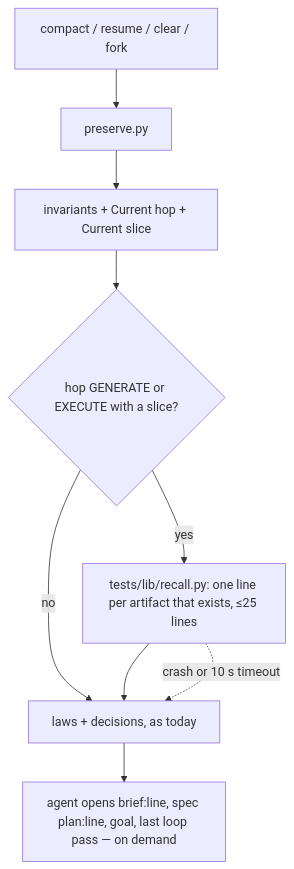
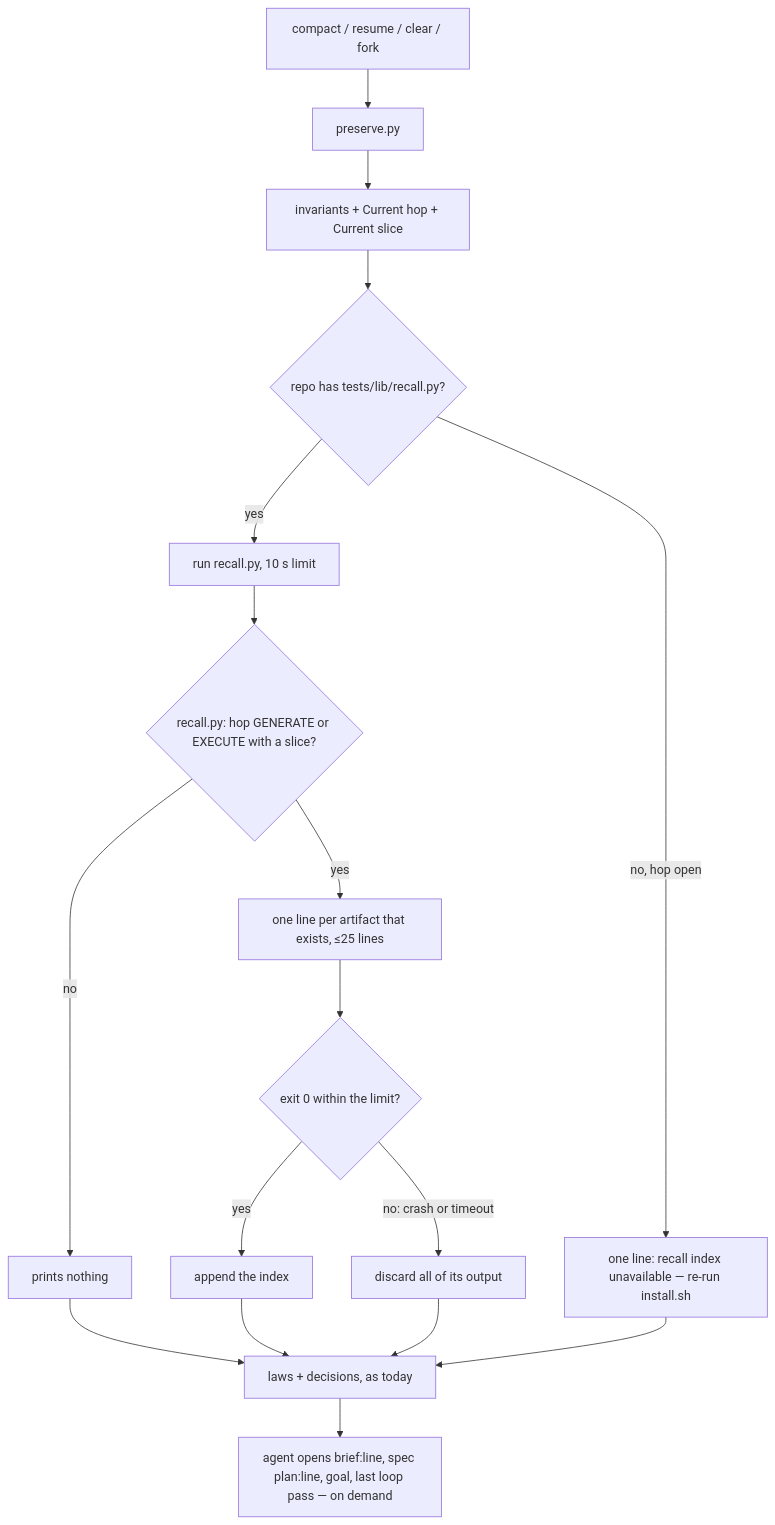
One commit to kadaluarsa/barbaric-driven-development changed the second of 2 diagrams in docs/cascade/05b-t85-recall-index.md. Above: the diagram before and after it, drawn with Mermaid. The commit also changed other lines of this file and 1 other file, not shown here.

````diff
--- a/docs/cascade/05b-t85-recall-index.md
+++ b/docs/cascade/05b-t85-recall-index.md
@@ -52,11 +52,19 @@
 ```mermaid
 flowchart TD
   C[compact / resume / clear / fork] --> P[preserve.py]
   P --> I[invariants + Current hop + Current slice]
-  I --> H{hop GENERATE or EXECUTE with a slice?}
-  H -->|no| L[laws + decisions, as today]
-  H -->|yes| X[tests/lib/recall.py: one line per artifact that exists, ≤25 lines]
-  X --> L
-  X -.->|crash or 10 s timeout| L
+  I --> F{repo has tests/lib/recall.py?}
+  F -->|no, hop open| M[one line: recall index unavailable — re-run install.sh]
+  F -->|yes| X[run recall.py, 10 s limit]
+  X --> H{recall.py: hop GENERATE or EXECUTE with a slice?}
+  H -->|no| E[prints nothing]
+  H -->|yes| Y[one line per artifact that exists, ≤25 lines]
+  Y --> K{exit 0 within the limit?}
+  K -->|yes| R[append the index]
+  K -->|no: crash or timeout| D[discard all of its output]
+  E --> L[laws + decisions, as today]
+  R --> L
+  D --> L
+  M --> L
   L --> A[agent opens brief:line, spec plan:line, goal, last loop pass — on demand]
 ```
````
